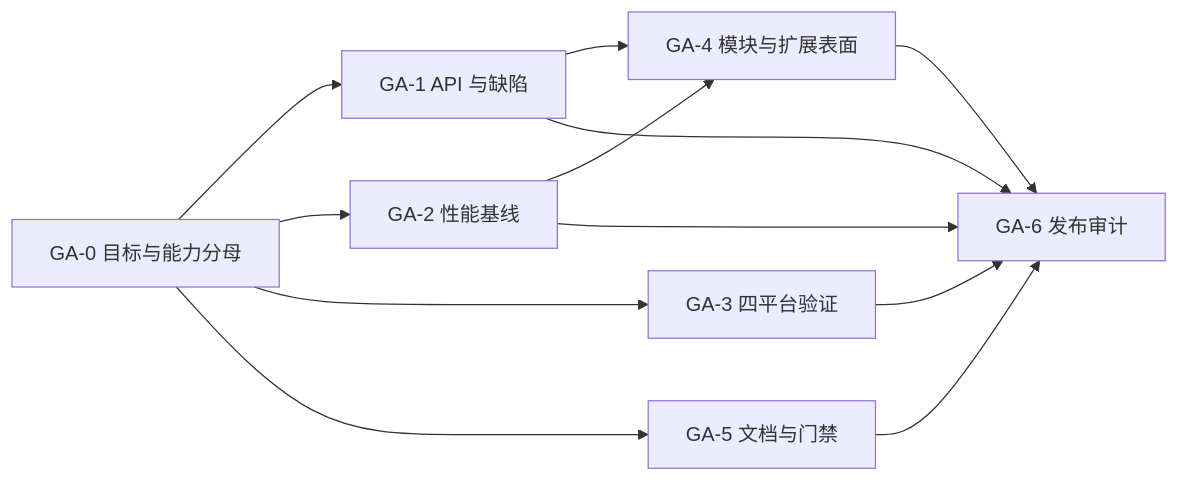
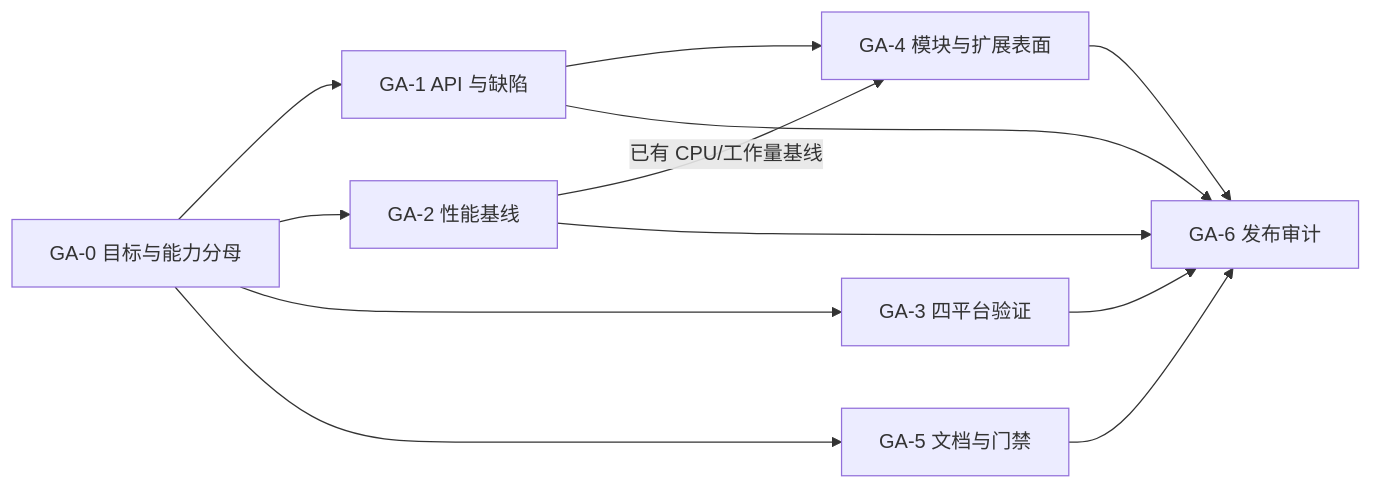
One commit to yezhang/novadraw changed the diagram in engine/wasm_rust/novadraw/doc/roadmap/goal-alignment-adjustment-plan-2026-09-30.md. Above: the diagram before and after it, drawn with Mermaid. The commit also changed other lines of this file and 11 other files, not shown here.

Commit message:
校准路线图主队列与审计整改待办

````diff
--- a/engine/wasm_rust/novadraw/doc/roadmap/goal-alignment-adjustment-plan-2026-09-30.md
+++ b/engine/wasm_rust/novadraw/doc/roadmap/goal-alignment-adjustment-plan-2026-09-30.md
@@ -262,14 +267,14 @@
 ```mermaid
 flowchart LR
     A["GA-0 目标与能力分母"] --> B["GA-1 API 与缺陷"]
     A --> C["GA-2 性能基线"]
     A --> D["GA-3 四平台验证"]
     A --> E["GA-5 文档与门禁"]
     B --> F["GA-4 模块与扩展表面"]
-    C --> F
+    C -->|"已有 CPU/工作量基线"| F
     B --> G["GA-6 发布审计"]
     C --> G
     D --> G
     E --> G
     F --> G
 ```
````
